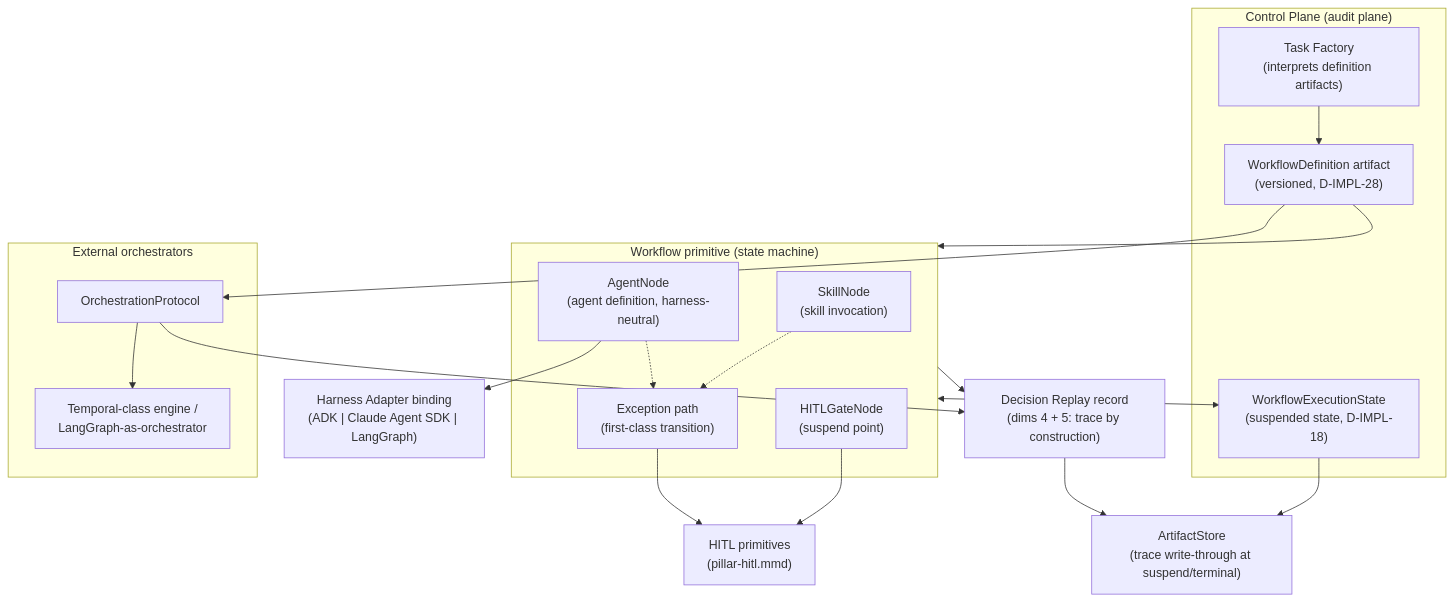
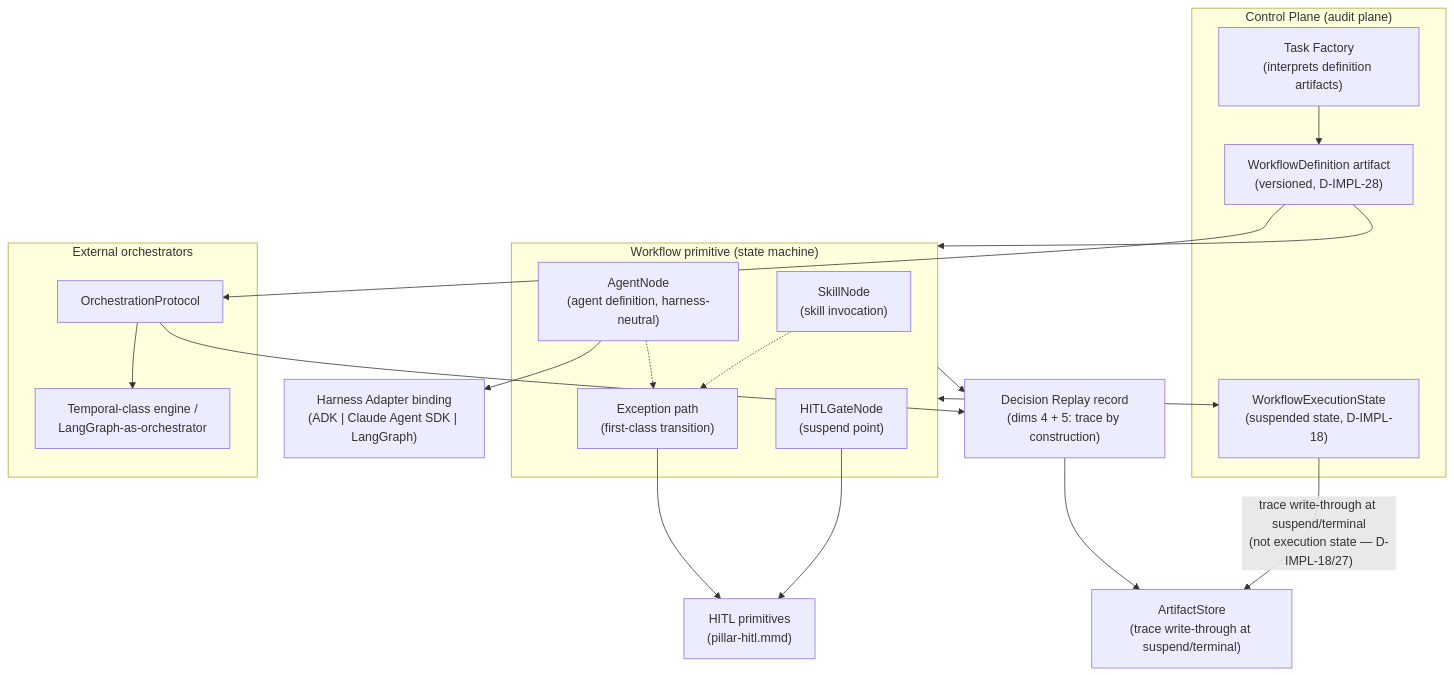
The diagram in docs/diagrams/pillar-orchestration.mmd (scorpioanil-GCP/ccf_demo), drawn with Mermaid before and after one commit. The commit also changed 2 other files, not shown here.

```diff
--- a/docs/diagrams/pillar-orchestration.mmd
+++ b/docs/diagrams/pillar-orchestration.mmd
@@ -1,38 +1,38 @@
 flowchart TD
     subgraph ControlPlane["Control Plane (audit plane)"]
         TaskFactory["Task Factory<br/>(interprets definition artifacts)"]
         WFDef["WorkflowDefinition artifact<br/>(versioned, D-IMPL-28)"]
         WFState["WorkflowExecutionState<br/>(suspended state, D-IMPL-18)"]
     end
 
     subgraph WorkflowEngine["Workflow primitive (state machine)"]
         SkillNode["SkillNode<br/>(skill invocation)"]
         AgentNode["AgentNode<br/>(agent definition, harness-neutral)"]
         GateNode["HITLGateNode<br/>(suspend point)"]
         ExcPath["Exception path<br/>(first-class transition)"]
     end
 
     subgraph External["External orchestrators"]
         OrchProto["OrchestrationProtocol"]
         Engine["Temporal-class engine /<br/>LangGraph-as-orchestrator"]
     end
 
     HarnessAdapter["Harness Adapter binding<br/>(ADK | Claude Agent SDK | LangGraph)"]
     HITL["HITL primitives<br/>(pillar-hitl.mmd)"]
     Replay["Decision Replay record<br/>(dims 4 + 5: trace by construction)"]
     ArtifactStore["ArtifactStore<br/>(trace write-through at suspend/terminal)"]
 
     TaskFactory --> WFDef
     WFDef --> WorkflowEngine
     WorkflowEngine <--> WFState
     AgentNode --> HarnessAdapter
     GateNode --> HITL
     SkillNode -.-> ExcPath
     AgentNode -.-> ExcPath
     ExcPath --> HITL
     OrchProto --> Engine
     WFDef --> OrchProto
     WorkflowEngine --> Replay
     OrchProto --> Replay
-    WFState --> ArtifactStore
+    WFState -->|"trace write-through at suspend/terminal<br/>(not execution state — D-IMPL-18/27)"| ArtifactStore
     Replay --> ArtifactStore
```
